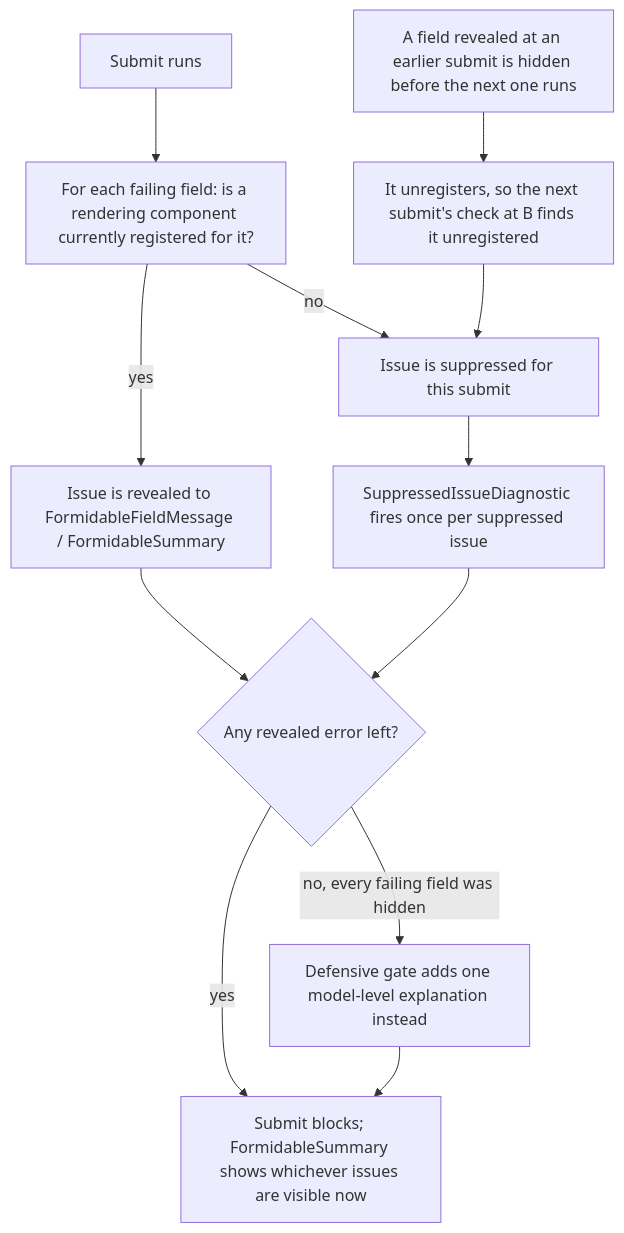
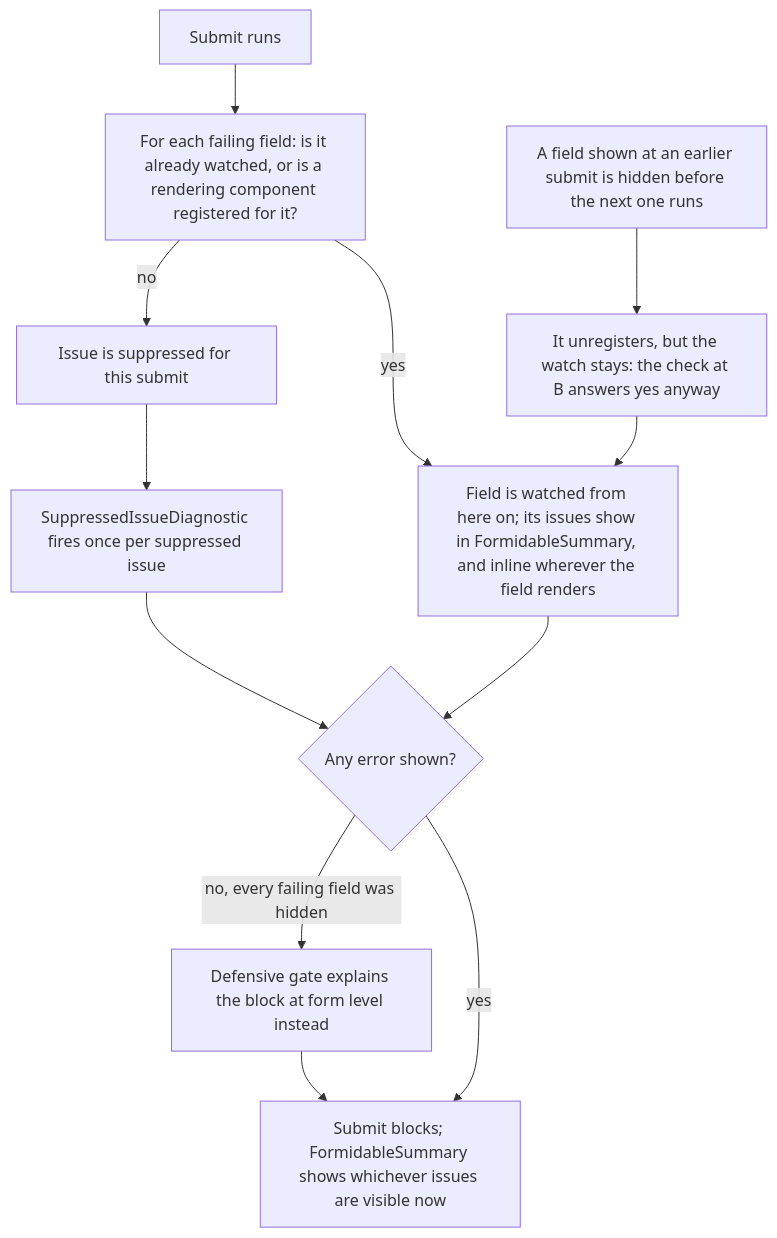
The diagram in docs/disclosure.md (xfunc-pty-ltd/formidable), drawn with Mermaid before and after one commit. The commit also changed other lines of this file and 43 other files, not shown here.

````diff
--- a/docs/disclosure.md
+++ b/docs/disclosure.md
@@ -74,16 +92,16 @@
 ```mermaid
 flowchart TD
-    A["Submit runs"] --> B["For each failing field: is a rendering component currently registered for it?"]
-    B -- "yes" --> C["Issue is revealed to FormidableFieldMessage / FormidableSummary"]
+    A["Submit runs"] --> B["For each failing field: is it already watched, or is a rendering component registered for it?"]
+    B -- "yes" --> C["Field is watched from here on; its issues show in FormidableSummary, and inline wherever the field renders"]
     B -- "no" --> D["Issue is suppressed for this submit"]
     D --> E["SuppressedIssueDiagnostic fires once per suppressed issue"]
 
-    C --> F{"Any revealed error left?"}
+    C --> F{"Any error shown?"}
     E --> F
     F -- "yes" --> G["Submit blocks; FormidableSummary shows whichever issues are visible now"]
-    F -- "no, every failing field was hidden" --> H["Defensive gate adds one model-level explanation instead"]
+    F -- "no, every failing field was hidden" --> H["Defensive gate explains the block at form level instead"]
     H --> G
 
-    I["A field revealed at an earlier submit is hidden before the next one runs"] --> J["It unregisters, so the next submit's check at B finds it unregistered"]
-    J --> D
+    I["A field shown at an earlier submit is hidden before the next one runs"] --> J["It unregisters, but the watch stays: the check at B answers yes anyway"]
+    J --> C
 ```
````
